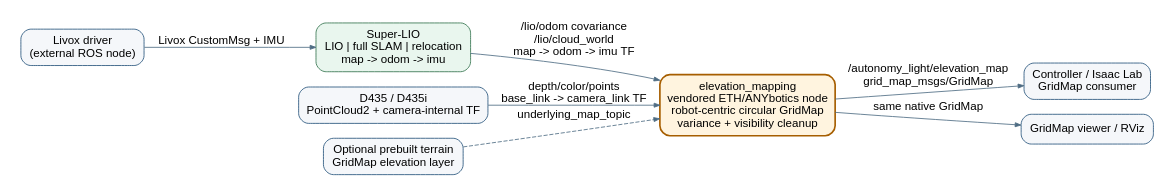
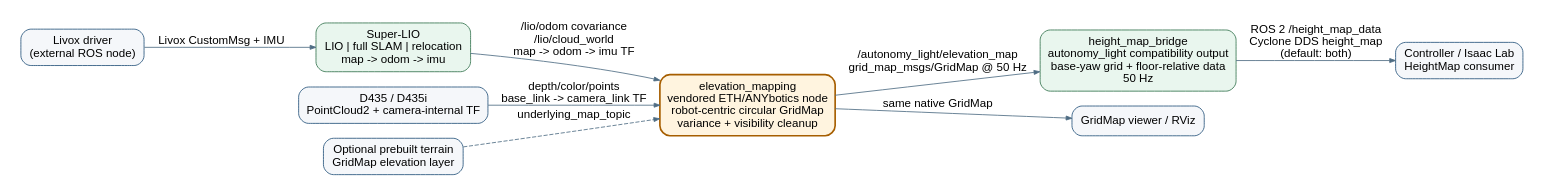
The diagram in docs/software_node_topology.dot (cocelo-ai/autonomy), drawn with Graphviz before and after one commit. The commit also changed 21 other files, not shown here.

```diff
--- a/docs/software_node_topology.dot
+++ b/docs/software_node_topology.dot
@@ -1,23 +1,25 @@
 digraph autonomy_light {
   rankdir=LR;
   graph [fontname="Arial", bgcolor="white", pad="0.25"];
   node [fontname="Arial", shape=box, style="rounded,filled", color="#24527a",
         fillcolor="#edf5fb", margin="0.16,0.10"];
   edge [fontname="Arial", color="#4d6b82", arrowsize="0.7"];
 
   livox [label="Livox driver\n(external ROS node)", fillcolor="#f5f7fa"];
   lio [label="Super-LIO\nLIO | full SLAM | relocation\nmap -> odom -> imu", fillcolor="#e9f6ee", color="#32734d"];
   d435 [label="D435 / D435i\nPointCloud2 + camera-internal TF", fillcolor="#f5f7fa"];
   mapper [label="elevation_mapping\nvendored ETH/ANYbotics node\nrobot-centric circular GridMap\nvariance + visibility cleanup",
           fillcolor="#fff4df", color="#a65e00", penwidth="2"];
-  control [label="Controller / Isaac Lab\nGridMap consumer", fillcolor="#f5f7fa"];
+  bridge [label="height_map_bridge\nautonomy_light compatibility output\nbase-yaw grid + floor-relative data\n50 Hz", fillcolor="#e9f6ee", color="#32734d"];
+  control [label="Controller / Isaac Lab\nHeightMap consumer", fillcolor="#f5f7fa"];
   rviz [label="GridMap viewer / RViz", fillcolor="#f5f7fa"];
   prior [label="Optional prebuilt terrain\nGridMap elevation layer", fillcolor="#f5f7fa"];
 
   livox -> lio [label="Livox CustomMsg + IMU"];
   lio -> mapper [label="/lio/odom covariance\n/lio/cloud_world\nmap -> odom -> imu TF"];
   d435 -> mapper [label="depth/color/points\nbase_link -> camera_link TF"];
   prior -> mapper [label="underlying_map_topic", style=dashed];
-  mapper -> control [label="/autonomy_light/elevation_map\ngrid_map_msgs/GridMap"];
+  mapper -> bridge [label="/autonomy_light/elevation_map\ngrid_map_msgs/GridMap @ 50 Hz"];
+  bridge -> control [label="ROS 2 /height_map_data\nCyclone DDS height_map\n(default: both)"];
   mapper -> rviz [label="same native GridMap"];
 }
```
